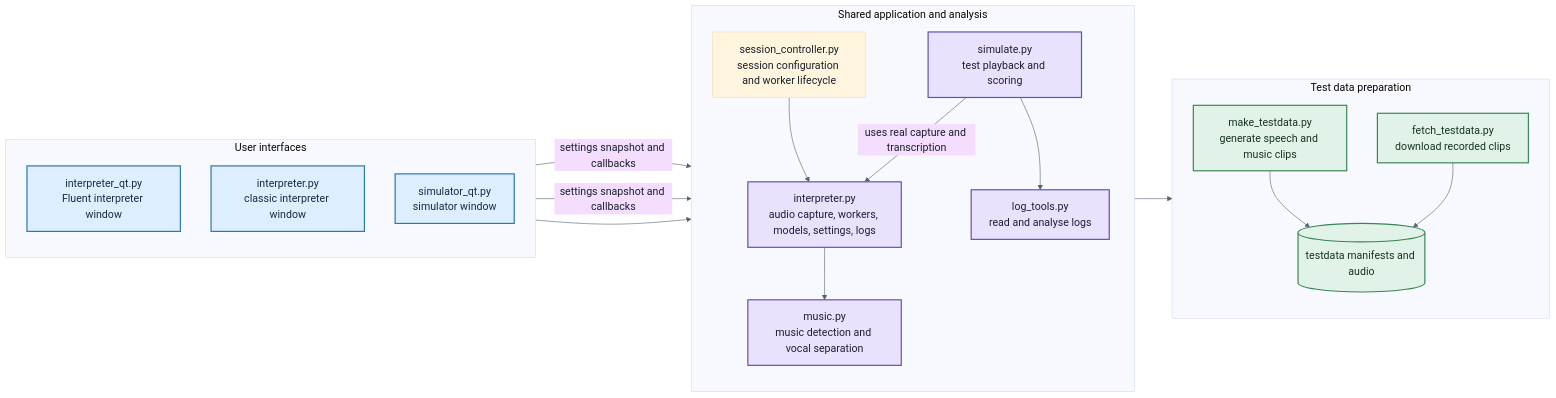
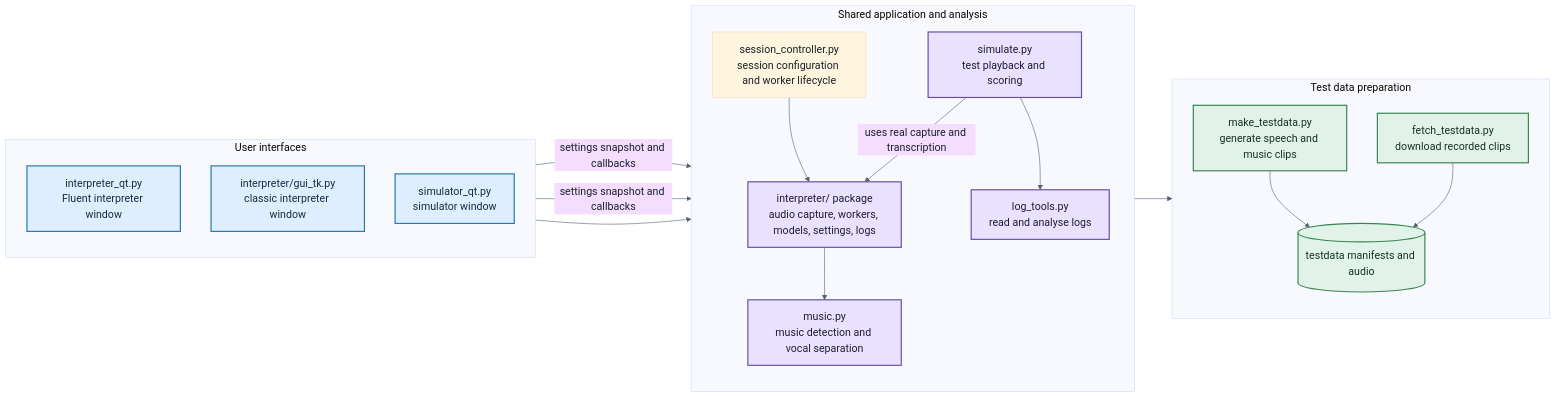
The first of 5 diagrams in docs/FLOWCHARTS.md (Benn-maker-bot/Interpreter), drawn with Mermaid before and after one commit. The commit also changed other lines of this file and 16 other files, not shown here.

First line of the commit message:
Update docs and comments for the interpreter package

````diff
--- a/docs/FLOWCHARTS.md
+++ b/docs/FLOWCHARTS.md
@@ -22,40 +22,40 @@
 ```mermaid
 %%{init: {"theme": "base", "themeVariables": {"fontSize": "18px", "fontFamily": "Segoe UI, Arial, sans-serif", "lineColor": "#536273", "primaryTextColor": "#17212b"}, "flowchart": {"nodeSpacing": 52, "rankSpacing": 64, "htmlLabels": true, "curve": "basis"}}}%%
 flowchart LR
     subgraph interfaces["User interfaces"]
         direction TB
         QI["interpreter_qt.py<br/>Fluent interpreter window"]
-        CI["interpreter.py<br/>classic interpreter window"]
+        CI["interpreter/gui_tk.py<br/>classic interpreter window"]
         SQ["simulator_qt.py<br/>simulator window"]
     end
     subgraph application["Shared application and analysis"]
         direction TB
-        CORE["interpreter.py<br/>audio capture, workers, models, settings, logs"]
+        CORE["interpreter/ package<br/>audio capture, workers, models, settings, logs"]
         SESSION["session_controller.py<br/>session configuration and worker lifecycle"]
         MUSIC["music.py<br/>music detection and vocal separation"]
         SIM["simulate.py<br/>test playback and scoring"]
         LOG["log_tools.py<br/>read and analyse logs"]
     end
     subgraph preparation["Test data preparation"]
         direction TB
         SYN["make_testdata.py<br/>generate speech and music clips"]
         REAL["fetch_testdata.py<br/>download recorded clips"]
         DATA[("testdata manifests and audio")]
     end
     QI -->|settings snapshot and callbacks| SESSION
     CI -->|settings snapshot and callbacks| SESSION
     SESSION --> CORE
     CORE --> MUSIC
     SQ --> SIM
     SIM -->|uses real capture and transcription| CORE
     SIM --> LOG
     SYN --> DATA
     REAL --> DATA
     SIM --> DATA
     classDef interface fill:#dceeff,stroke:#2878a8,stroke-width:2px,color:#142d3d
     classDef core fill:#e8e2ff,stroke:#6750a4,stroke-width:2px,color:#211b36
     classDef data fill:#e1f3e8,stroke:#3a8554,stroke-width:2px,color:#163322
     class QI,CI,SQ interface
     class CORE,MUSIC,SIM,LOG core
     class SYN,REAL,DATA data
 ```
````
